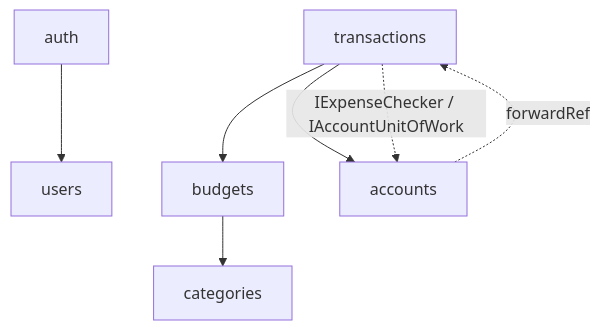
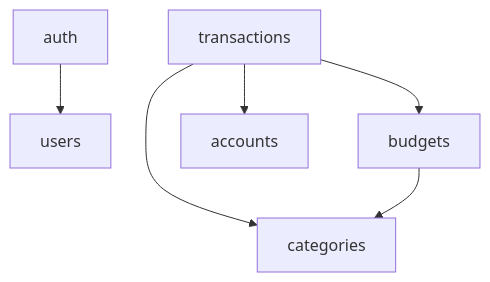
Before and after one commit to vicentera0957-arch/personal-finance-api: the diagram in README.md, drawn with Mermaid. The commit also changed other lines of this file and 14 other files, not shown here.

````diff
--- a/README.md
+++ b/README.md
@@ -99,9 +102,8 @@
 ```mermaid
 graph TD
     auth[auth] --> users[users]
     transactions[transactions] --> budgets[budgets]
-    budgets --> categories[categories]
     transactions --> accounts[accounts]
-    accounts -. forwardRef .-> transactions
-    transactions -. IExpenseChecker / IAccountUnitOfWork .-> accounts
+    transactions --> categories[categories]
+    budgets --> categories
 ```
````
